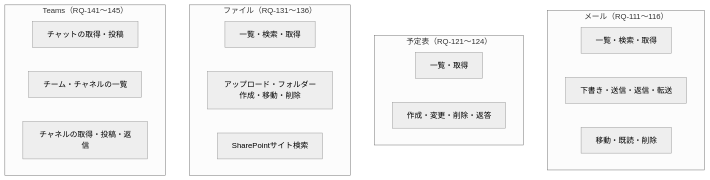
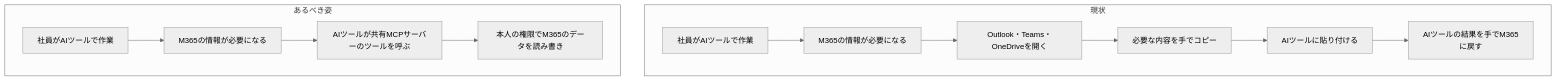
One commit to notfolder/graph-mcp-gateway changed the second of 3 diagrams in docs/requirements.md. Above: the diagram before and after it, drawn with Mermaid (neutral theme). The commit also changed other lines of this file and 29 other files, not shown here.

First line of the commit message:
docs: 要件定義書を isdd 形式で作り直し、外部連携（Entra ID・Graph）の調査結果を追加

````diff
--- a/docs/requirements.md
+++ b/docs/requirements.md
@@ -146,23 +106,15 @@
 ```mermaid
-flowchart TB
-  subgraph Mail["メール（RQ-111〜116）"]
-    M1["一覧・検索・取得"]
-    M2["下書き・送信・返信・転送"]
-    M3["移動・既読・削除"]
+flowchart TD
+  subgraph Now["現状"]
+    N1["社員がAIツールで作業"] --> N2["M365の情報が必要になる"]
+    N2 --> N3["Outlook・Teams・OneDriveを開く"]
+    N3 --> N4["必要な内容を手でコピー"]
+    N4 --> N5["AIツールに貼り付ける"]
+    N5 --> N6["AIツールの結果を手でM365に戻す"]
   end
-  subgraph Cal["予定表（RQ-121〜124）"]
-    C1["一覧・取得"]
-    C2["作成・変更・削除・返答"]
+  subgraph Goal["あるべき姿"]
+    G1["社員がAIツールで作業"] --> G2["M365の情報が必要になる"]
+    G2 --> G3["AIツールが共有MCPサーバーのツールを呼ぶ"]
+    G3 --> G4["本人の権限でM365のデータを読み書き"]
   end
-  subgraph File["ファイル（RQ-131〜136）"]
-    F1["一覧・検索・取得"]
-    F2["アップロード・フォルダー作成・移動・削除"]
-    F3["SharePointサイト検索"]
-  end
-  subgraph Teams["Teams（RQ-141〜145）"]
-    T1["チャットの取得・投稿"]
-    T2["チーム・チャネルの一覧"]
-    T3["チャネルの取得・投稿・返信"]
-  end
-
 ```
````
